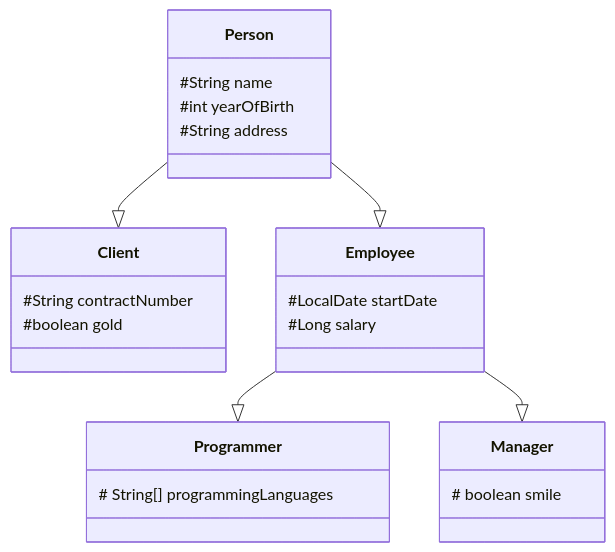
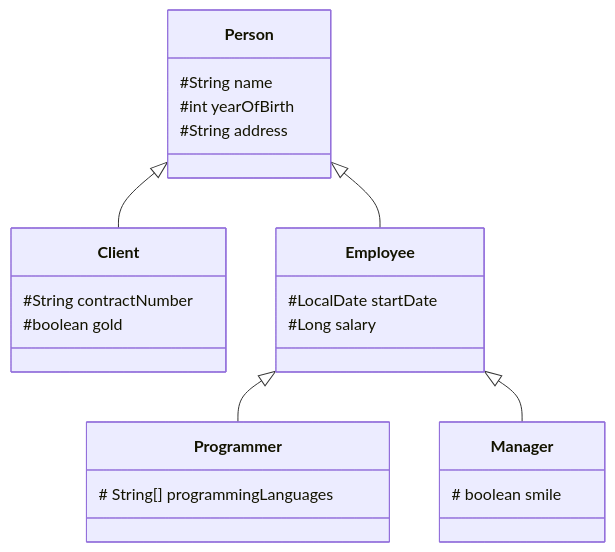
The diagram in slides/E3.2 - Java Classes (Inheritance).md (nbicocchi/learn-java-core), drawn with Mermaid before and after one commit.

````diff
--- a/slides/E3.2 - Java Classes (Inheritance).md
+++ b/slides/E3.2 - Java Classes (Inheritance).md
@@ -39,31 +39,31 @@
 ```mermaid
 classDiagram
     class Person {
         #String name
         #int yearOfBirth
         #String address
     }
 
     class Client {
         #String contractNumber
         #boolean gold
     }
 
     class Employee {
         #LocalDate startDate
         #Long salary
     }
 
     class Manager {
         # boolean smile
     }
 
     class Programmer {
         # String[] programmingLanguages
     }
 
-    Person --|> Employee
-    Person --|> Client
-    Employee --|> Programmer
-    Employee --|> Manager
+    Person <|-- Employee
+    Person <|-- Client
+    Employee <|-- Programmer
+    Employee <|-- Manager
 ```
````
